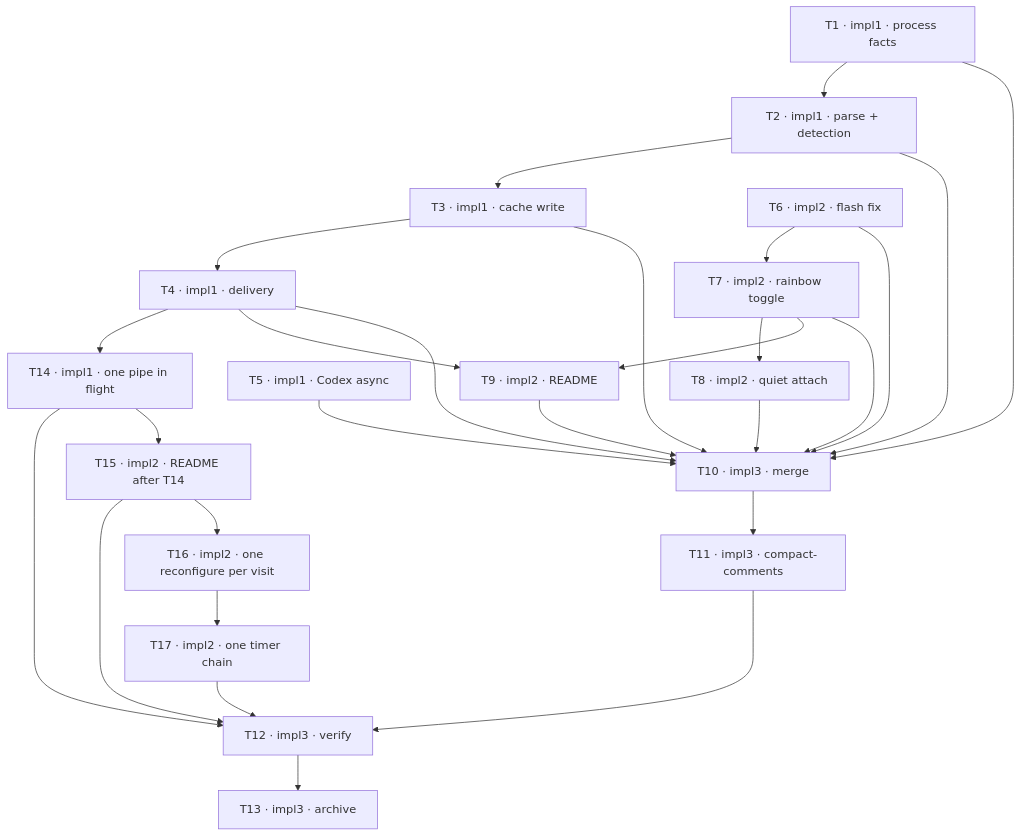
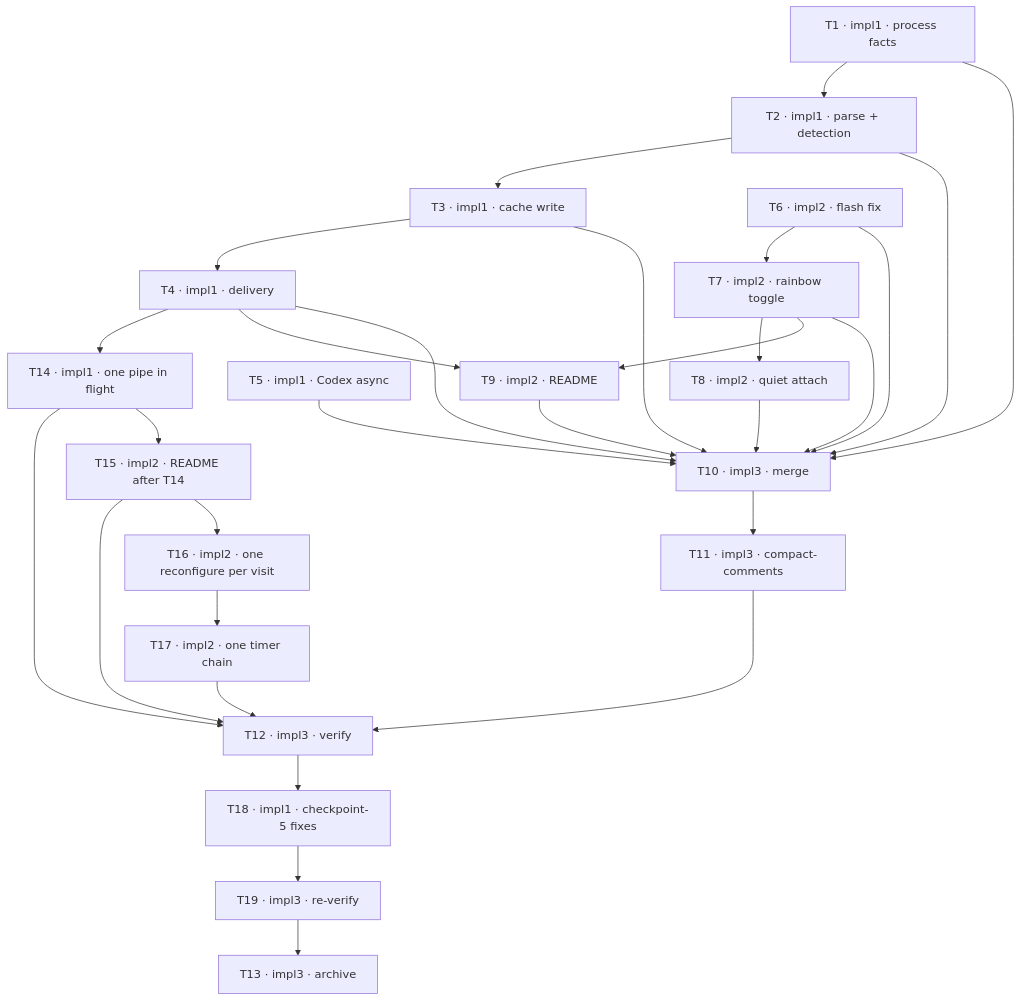
One commit to joeyjeong07/zellaude changed the diagram in CLAUDE_TODO-optimize-hook.md. Above: the diagram before and after it, drawn with Mermaid. The commit also changed other lines of this file and 2 other files, not shown here.

Commit message:
[revise] checkpoint-5 fixes: settings by path, Notification off the stream marker (T18, T19)

````diff
--- a/CLAUDE_TODO-optimize-hook.md
+++ b/CLAUDE_TODO-optimize-hook.md
@@ -42,30 +44,32 @@
 ```mermaid
 graph TD
   T1[T1 · impl1 · process facts] --> T2[T2 · impl1 · parse + detection]
   T2 --> T3[T3 · impl1 · cache write]
   T3 --> T4[T4 · impl1 · delivery]
   T4 --> T14[T14 · impl1 · one pipe in flight]
   T14 --> T12
   T14 --> T15[T15 · impl2 · README after T14]
   T15 --> T12
   T15 --> T16[T16 · impl2 · one reconfigure per visit]
   T16 --> T17[T17 · impl2 · one timer chain]
   T17 --> T12
   T5[T5 · impl1 · Codex async]
   T6[T6 · impl2 · flash fix] --> T7[T7 · impl2 · rainbow toggle]
   T7 --> T8[T8 · impl2 · quiet attach]
   T4 --> T9[T9 · impl2 · README]
   T7 --> T9
   T4 --> T10[T10 · impl3 · merge]
   T5 --> T10
   T8 --> T10
   T9 --> T10
   T1 --> T10
   T2 --> T10
   T3 --> T10
   T6 --> T10
   T7 --> T10
   T10 --> T11[T11 · impl3 · compact-comments]
   T11 --> T12[T12 · impl3 · verify]
-  T12 --> T13[T13 · impl3 · archive]
+  T12 --> T18[T18 · impl1 · checkpoint-5 fixes]
+  T18 --> T19[T19 · impl3 · re-verify]
+  T19 --> T13[T13 · impl3 · archive]
 ```
````
